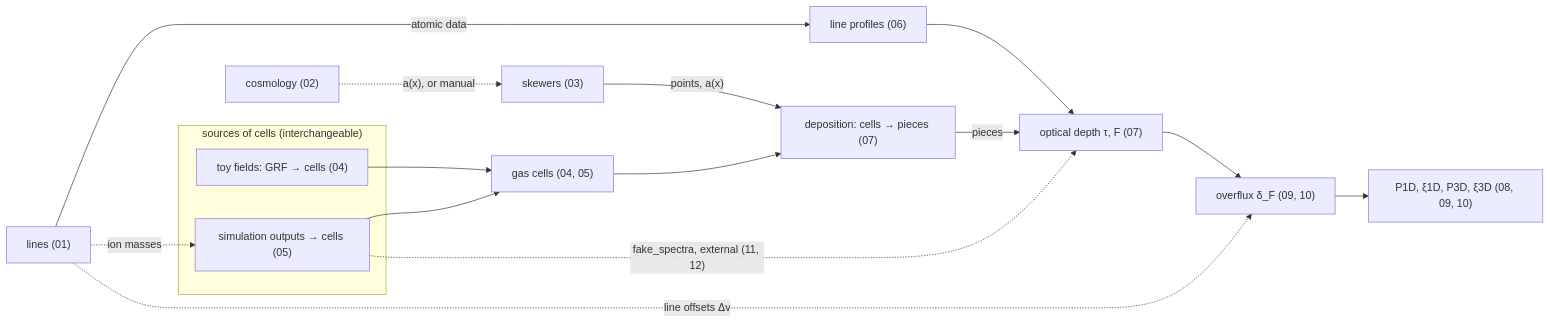
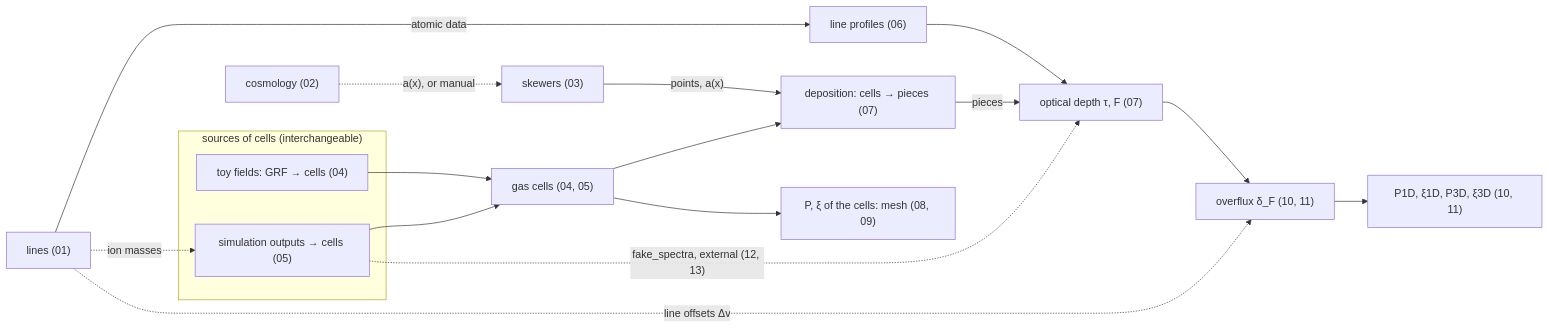
The third of 3 diagrams in README.md (daniellopezcano/SkewerJAX), drawn with Mermaid before and after one commit. The commit also changed other lines of this file and 55 other files, not shown here.

````diff
--- a/README.md
+++ b/README.md
@@ -274,20 +269,21 @@
 ```mermaid
 flowchart LR
     L["lines (01)"] -- "atomic data" --> LP["line profiles (06)"]
     LP --> T["optical depth τ, F (07)"]
     C["cosmology (02)"] -. "a(x), or manual" .-> K["skewers (03)"]
     subgraph SRC["sources of cells (interchangeable)"]
         TS["toy fields: GRF → cells (04)"]
         SIM["simulation outputs → cells (05)"]
     end
     L -. "ion masses" .-> SIM
     TS --> F["gas cells (04, 05)"]
     SIM --> F
     F --> D["deposition: cells → pieces (07)"]
     K -- "points, a(x)" --> D
     D -- pieces --> T
-    T --> O["overflux δ_F (09, 10)"]
+    F --> FS["P, ξ of the cells: mesh (08, 09)"]
+    T --> O["overflux δ_F (10, 11)"]
     L -. "line offsets Δv" .-> O
-    O --> P["P1D, ξ1D, P3D, ξ3D (08, 09, 10)"]
-    SIM -. "fake_spectra, external (11, 12)" .-> T
+    O --> P["P1D, ξ1D, P3D, ξ3D (10, 11)"]
+    SIM -. "fake_spectra, external (12, 13)" .-> T
 ```
````
